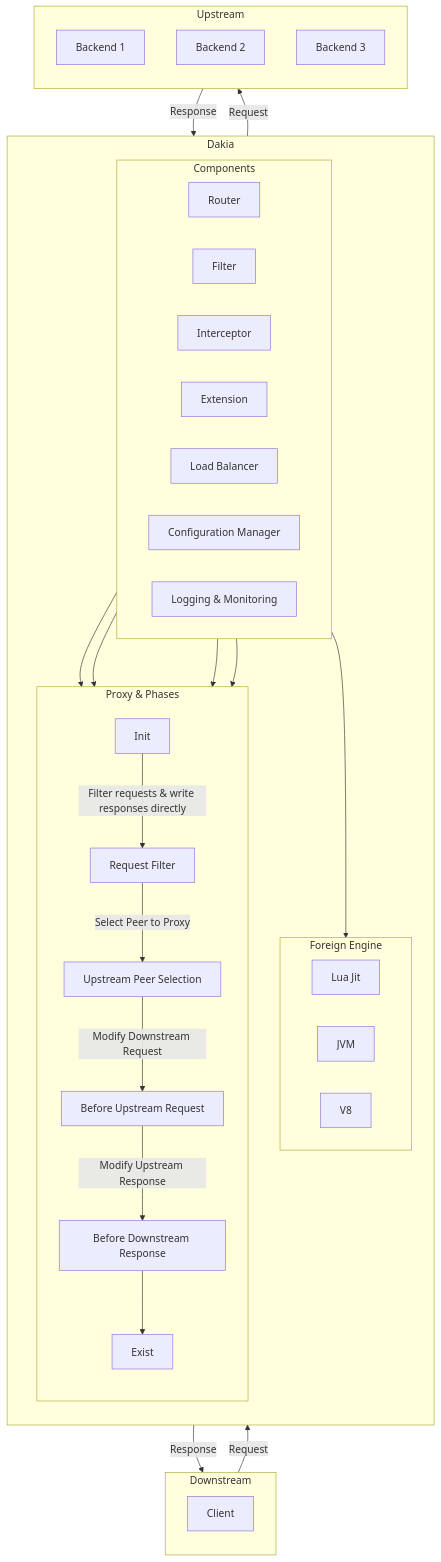
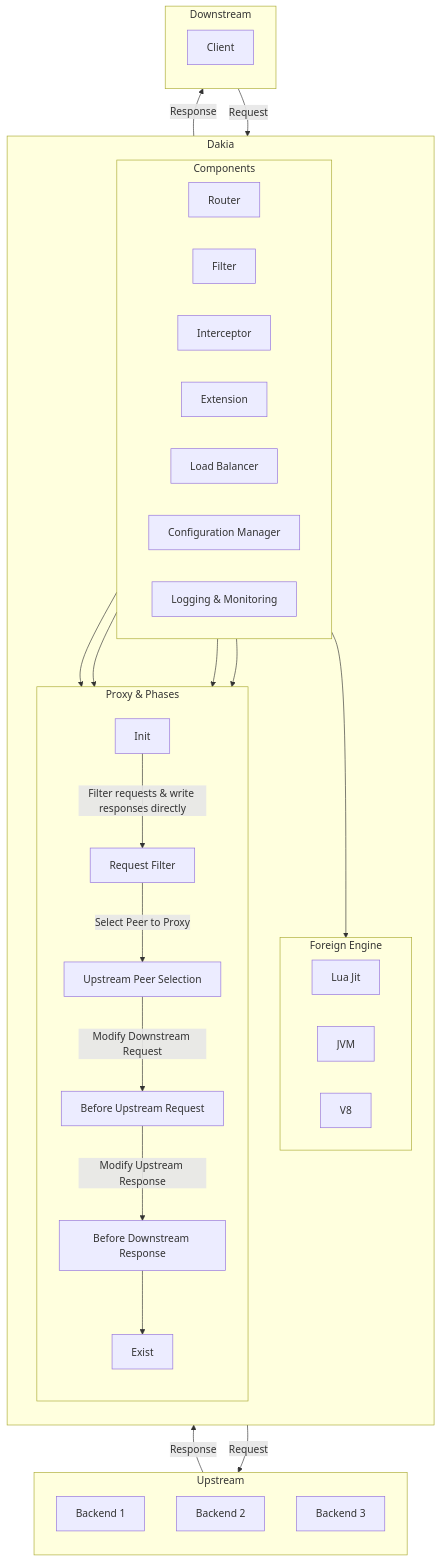
The diagram in README.md (ferdy203/Ferdy), drawn with Mermaid before and after one commit. The commit also changed other lines of this file, not shown here.

Commit message:
doc: fixed flow direction

````diff
--- a/README.md
+++ b/README.md
@@ -56,52 +56,52 @@
 ```mermaid
-flowchart TD
+flowchart BT
  subgraph Downstream["Downstream"]
         direction BT
         A["Client"]
   end
  subgraph Components["Components"]
         Router["Router"]
         Filter["Filter"]
         Interceptor["Interceptor"]
         Extension["Extension"]
         LoadBalancer["Load Balancer"]
         ConfigManager["Configuration Manager"]
         Telemetry["Logging & Monitoring"]
   end
  subgraph ForeignEngine["Foreign Engine"]
         LuaJIT["Lua Jit"]
         JVM["JVM"]
         V8["V8"]
   end
  subgraph Proxy["Proxy & Phases"]
     direction TB
         Init["Init"]
         RequestFilter["Request Filter"]
         UpstreamPeerSelection["Upstream Peer Selection"]
         BeforeUpstreamRequest["Before Upstream Request"]
         BeforeDownstreamResponse["Before Downstream Response"]
         Exit["Exist"]
   end
  subgraph Dakia["Dakia"]
     direction TB
         Components
         Proxy
         ForeignEngine
   end
  subgraph Upstream["Upstream"]
     direction TB
         C1["Backend 1"]
         C2["Backend 2"]
         C3["Backend 3"]
   end
     Downstream -- Request --> Dakia
     Init -- Filter requests & write responses directly --> RequestFilter
     RequestFilter -- Select Peer to Proxy --> UpstreamPeerSelection
     UpstreamPeerSelection -- Modify Downstream Request --> BeforeUpstreamRequest
     BeforeUpstreamRequest -- Modify Upstream Response --> BeforeDownstreamResponse
     BeforeDownstreamResponse --> Exit
     Components --> RequestFilter & UpstreamPeerSelection & BeforeUpstreamRequest & BeforeDownstreamResponse & ForeignEngine
     Dakia -- Request --> Upstream
     Upstream -- Response --> Dakia
     Dakia -- Response --> Downstream
 ```
````
